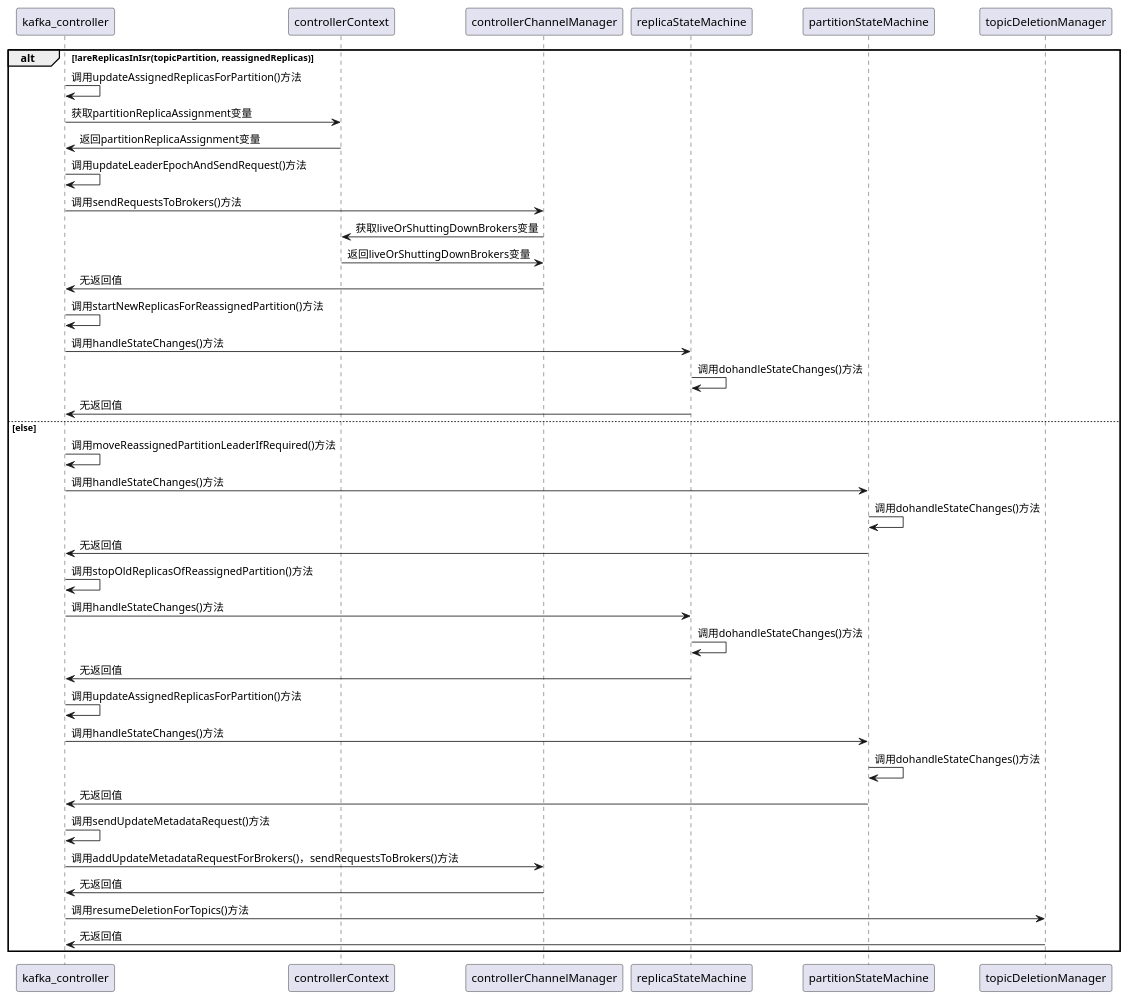
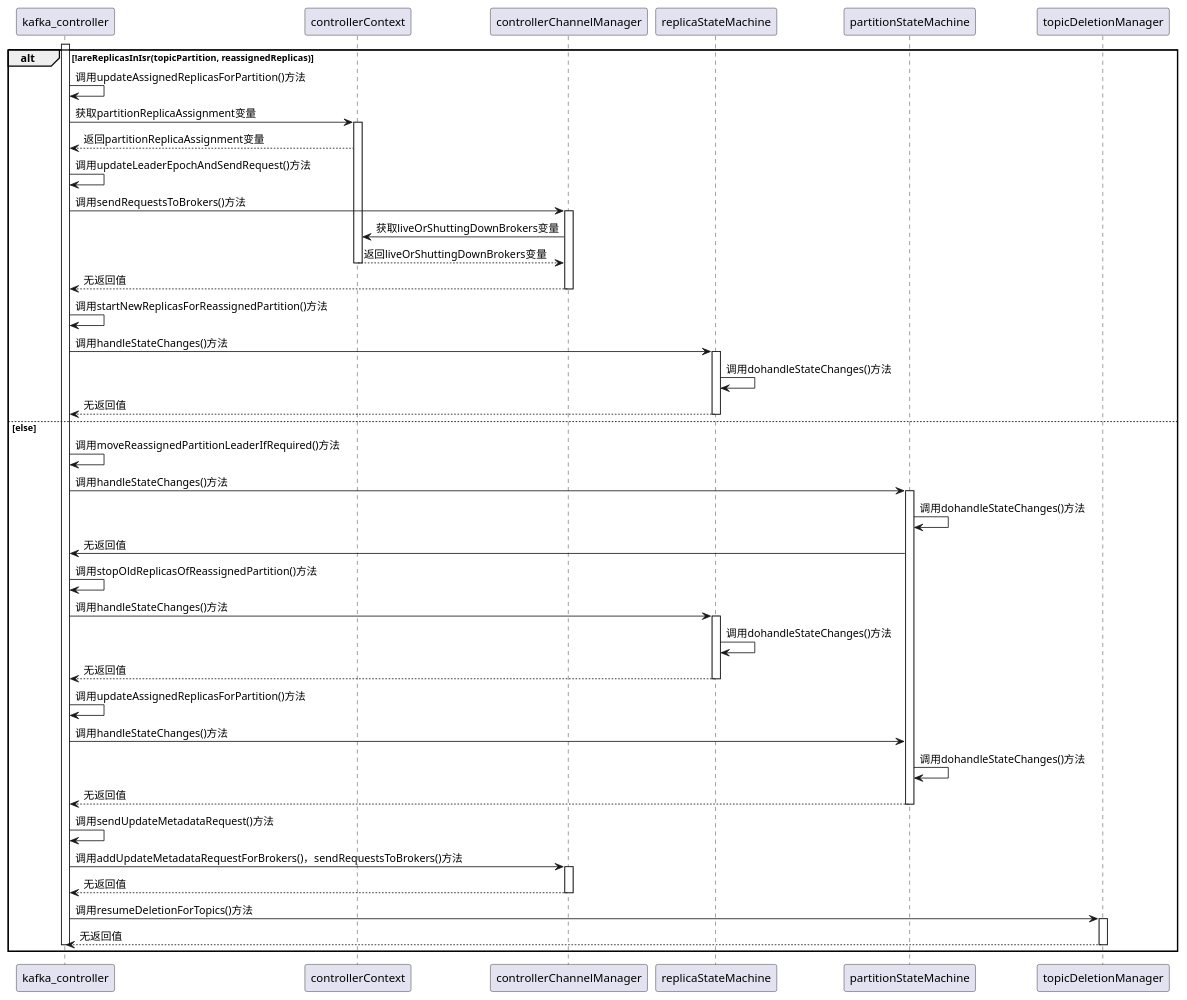
One commit to segzix/UCAS_OOPjava changed the diagram in 面向对象第三次大作业/apache_kafka_puml/kafka_controller_time.puml. Above: the diagram before and after it, drawn with PlantUML. The commit also changed 117 other files, not shown here.

```diff
--- a/面向对象第三次大作业/apache_kafka_puml/kafka_controller_time.puml
+++ b/面向对象第三次大作业/apache_kafka_puml/kafka_controller_time.puml
@@ -1,58 +1,63 @@
 @startuml
 
 ' actor Actor
 ' autonumber
 alt !areReplicasInIsr(topicPartition, reassignedReplicas)
+activate kafka_controller
 kafka_controller-> kafka_controller: 调用updateAssignedReplicasForPartition()方法
 kafka_controller-> controllerContext:获取partitionReplicaAssignment变量
-controllerContext-> kafka_controller:返回partitionReplicaAssignment变量
+activate controllerContext
+controllerContext--> kafka_controller:返回partitionReplicaAssignment变量
 
 kafka_controller-> kafka_controller: 调用updateLeaderEpochAndSendRequest()方法
 kafka_controller-> controllerChannelManager: 调用sendRequestsToBrokers()方法
+activate controllerChannelManager
 controllerChannelManager-> controllerContext:获取liveOrShuttingDownBrokers变量
-controllerContext-> controllerChannelManager:返回liveOrShuttingDownBrokers变量
-controllerChannelManager-> kafka_controller: 无返回值
+controllerContext--> controllerChannelManager:返回liveOrShuttingDownBrokers变量
+deactivate controllerContext
+controllerChannelManager--> kafka_controller: 无返回值
+deactivate controllerChannelManager
 
 kafka_controller-> kafka_controller: 调用startNewReplicasForReassignedPartition()方法
 kafka_controller-> replicaStateMachine: 调用handleStateChanges()方法
+activate replicaStateMachine
 replicaStateMachine-> replicaStateMachine: 调用dohandleStateChanges()方法
-replicaStateMachine-> kafka_controller: 无返回值
+replicaStateMachine--> kafka_controller: 无返回值
+deactivate replicaStateMachine
 else else
 
 kafka_controller-> kafka_controller: 调用moveReassignedPartitionLeaderIfRequired()方法
 kafka_controller-> partitionStateMachine: 调用handleStateChanges()方法
+activate partitionStateMachine
 partitionStateMachine-> partitionStateMachine: 调用dohandleStateChanges()方法
 partitionStateMachine-> kafka_controller: 无返回值
 
 kafka_controller-> kafka_controller: 调用stopOldReplicasOfReassignedPartition()方法
 kafka_controller-> replicaStateMachine: 调用handleStateChanges()方法
+activate replicaStateMachine
 replicaStateMachine-> replicaStateMachine: 调用dohandleStateChanges()方法
-replicaStateMachine-> kafka_controller: 无返回值
+replicaStateMachine--> kafka_controller: 无返回值
+deactivate replicaStateMachine
 
 kafka_controller-> kafka_controller: 调用updateAssignedReplicasForPartition()方法
 kafka_controller-> partitionStateMachine: 调用handleStateChanges()方法
 partitionStateMachine-> partitionStateMachine: 调用dohandleStateChanges()方法
-partitionStateMachine-> kafka_controller: 无返回值
+partitionStateMachine--> kafka_controller: 无返回值
+deactivate partitionStateMachine
 
 kafka_controller-> kafka_controller: 调用sendUpdateMetadataRequest()方法
 kafka_controller-> controllerChannelManager: 调用addUpdateMetadataRequestForBrokers()，sendRequestsToBrokers()方法
-controllerChannelManager-> kafka_controller: 无返回值
+activate controllerChannelManager
+controllerChannelManager--> kafka_controller: 无返回值
+deactivate controllerChannelManager
 
 kafka_controller-> topicDeletionManager: 调用resumeDeletionForTopics()方法
-topicDeletionManager-> kafka_controller: 无返回值
+activate topicDeletionManager
+topicDeletionManager--> kafka_controller: 无返回值
+deactivate topicDeletionManager
+deactivate kafka_controller
 
 end
 
-' kafka_controller-> kafka_controller: 调用updateLeaderEpochAndSendRequest()方法
-' kafka_controller-> kafka_controller: 调用updateLeaderEpochAndSendRequest()方法
-' kafka_controller-> kafka_controller: 调用updateLeaderEpochAndSendRequest()方法
-' kafka_controller-> kafka_controller: 调用updateLeaderEpochAndSendRequest()方法
-' kafka_controller-> kafka_controller: 调用updateLeaderEpochAndSendRequest()方法
-' kafka_controller-> kafka_controller: 调用updateLeaderEpochAndSendRequest()方法
-' Server->Device:调用write()方法
-' Device-->Server:方法返回，无返回值
-' Client->Server:调用close()方法
-' Server-->Client:方法返回，无返回值
-' Client-->Actor:程序执行完毕
 
 @enduml
```
